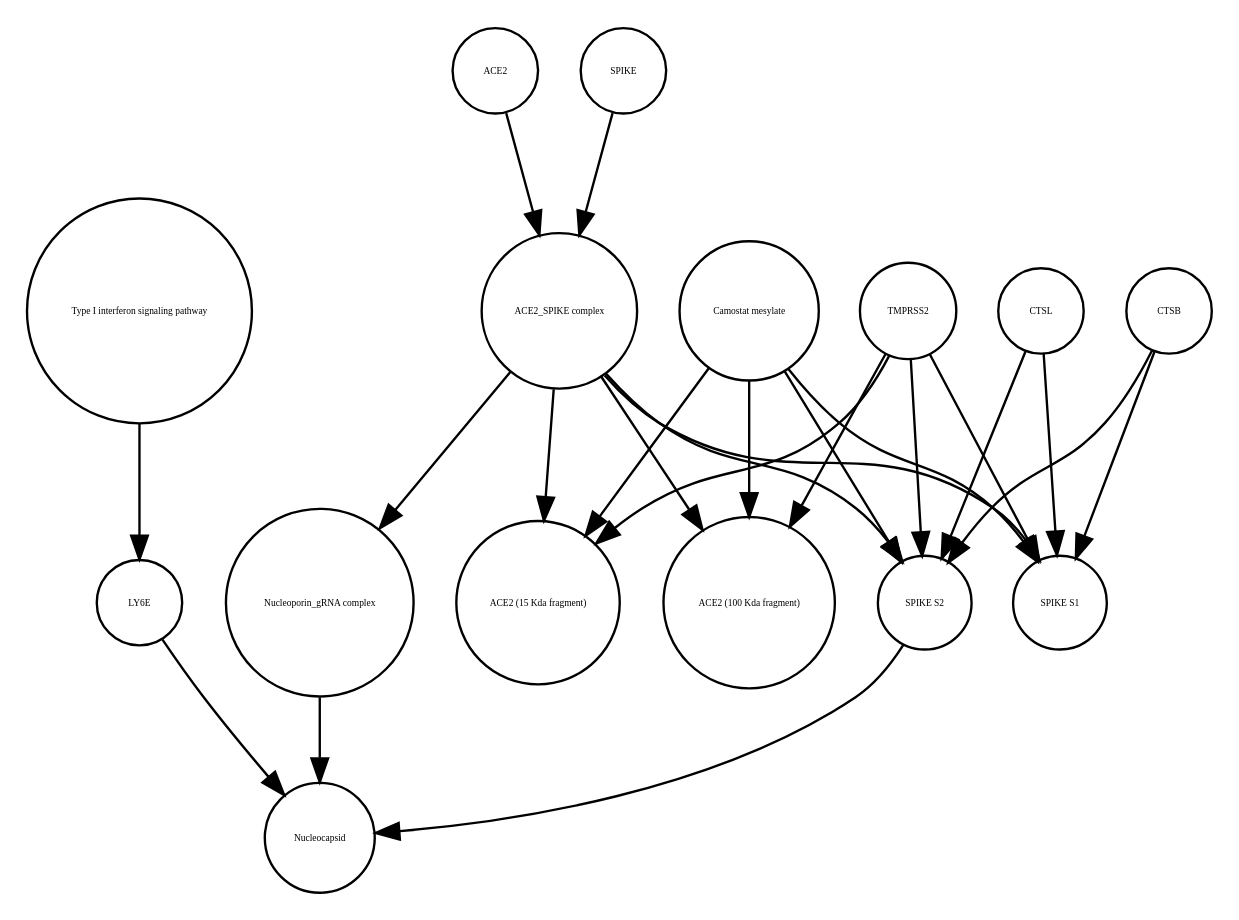
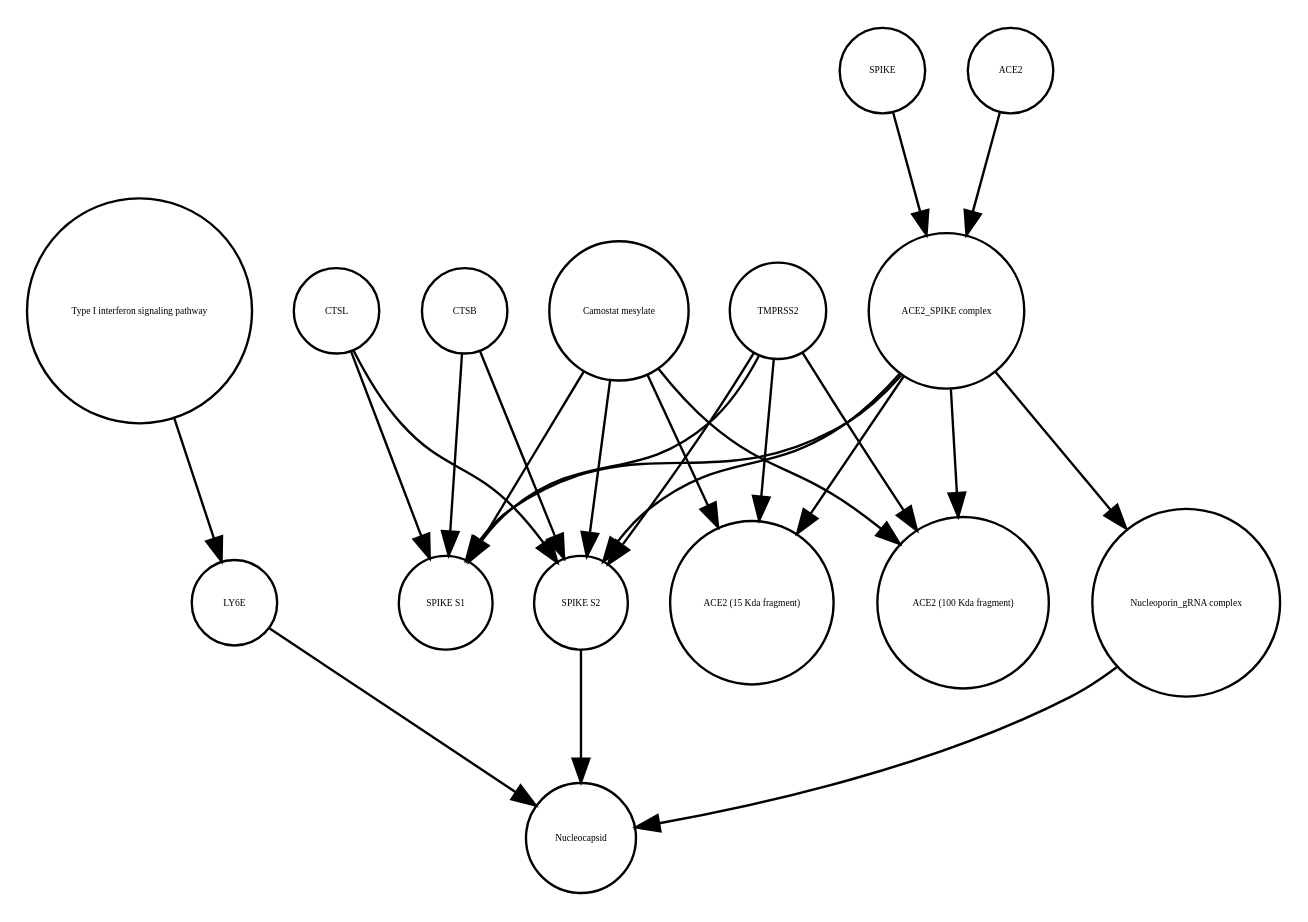
One commit to cannin/covid19-sbgn changed the diagram in Virus_replication_cycle_V02.xml_projected.dot. Above: the diagram before and after it, drawn with Graphviz. The commit also changed other lines of this file and 637 other files, not shown here.

```diff
--- a/Virus_replication_cycle_V02.xml_projected.dot
+++ b/Virus_replication_cycle_V02.xml_projected.dot
@@ -1,40 +1,40 @@
 strict digraph  {
 "Type I interferon signaling pathway" [annotation="", bipartite=0, cls=phenotype, fontsize=4, label="Type I interferon signaling pathway", shape=circle];
 LY6E [annotation="", bipartite=0, cls=macromolecule, fontsize=4, label=LY6E, shape=circle];
-"Nucleoporin_gRNA complex " [annotation="", bipartite=0, cls=complex, fontsize=4, label="Nucleoporin_gRNA complex ", shape=circle];
-"SPIKE S2" [annotation="", bipartite=0, cls=macromolecule, fontsize=4, label="SPIKE S2", shape=circle];
-"Camostat mesylate" [annotation="urn_miriam_pubchem.compound_2536", bipartite=0, cls="simple chemical", fontsize=4, label="Camostat mesylate", shape=circle];
+"SPIKE S1" [annotation="", bipartite=0, cls=macromolecule, fontsize=4, label="SPIKE S1", shape=circle];
 CTSL [annotation="", bipartite=0, cls=macromolecule, fontsize=4, label=CTSL, shape=circle];
+"ACE2_SPIKE complex" [annotation="", bipartite=0, cls=complex, fontsize=4, label="ACE2_SPIKE complex", shape=circle];
+SPIKE [annotation="", bipartite=0, cls="macromolecule multimer", fontsize=4, label=SPIKE, shape=circle];
+Nucleocapsid [annotation="", bipartite=0, cls=complex, fontsize=4, label=Nucleocapsid, shape=circle];
+CTSB [annotation="", bipartite=0, cls=macromolecule, fontsize=4, label=CTSB, shape=circle];
 ACE2 [annotation="", bipartite=0, cls=macromolecule, fontsize=4, label=ACE2, shape=circle];
 "ACE2 (15 Kda fragment)" [annotation="", bipartite=0, cls=macromolecule, fontsize=4, label="ACE2 (15 Kda fragment)", shape=circle];
+"Camostat mesylate" [annotation="urn_miriam_pubchem.compound_2536", bipartite=0, cls="simple chemical", fontsize=4, label="Camostat mesylate", shape=circle];
+TMPRSS2 [annotation="", bipartite=0, cls=macromolecule, fontsize=4, label=TMPRSS2, shape=circle];
+"SPIKE S2" [annotation="", bipartite=0, cls=macromolecule, fontsize=4, label="SPIKE S2", shape=circle];
+"Nucleoporin_gRNA complex " [annotation="", bipartite=0, cls=complex, fontsize=4, label="Nucleoporin_gRNA complex ", shape=circle];
 "ACE2 (100 Kda fragment)" [annotation="", bipartite=0, cls=macromolecule, fontsize=4, label="ACE2 (100 Kda fragment)", shape=circle];
-"ACE2_SPIKE complex" [annotation="", bipartite=0, cls=complex, fontsize=4, label="ACE2_SPIKE complex", shape=circle];
-SPIKE [annotation="", bipartite=0, cls="macromolecule multimer", fontsize=4, label=SPIKE, shape=circle];
-CTSB [annotation="", bipartite=0, cls=macromolecule, fontsize=4, label=CTSB, shape=circle];
-"SPIKE S1" [annotation="", bipartite=0, cls=macromolecule, fontsize=4, label="SPIKE S1", shape=circle];
-Nucleocapsid [annotation="", bipartite=0, cls=complex, fontsize=4, label=Nucleocapsid, shape=circle];
-TMPRSS2 [annotation="", bipartite=0, cls=macromolecule, fontsize=4, label=TMPRSS2, shape=circle];
 "Type I interferon signaling pathway" -> LY6E  [annotation="", interaction_type=stimulation];
 LY6E -> Nucleocapsid  [annotation="urn_miriam_doi_10.1101%2F2020.03.05.979260|urn_miriam_doi_10.1101%2F2020.04.02.021469", interaction_type=inhibition];
-"Nucleoporin_gRNA complex " -> Nucleocapsid  [annotation="", interaction_type=production];
-"SPIKE S2" -> Nucleocapsid  [annotation="urn_miriam_doi_10.1101%2F2020.03.05.979260|urn_miriam_doi_10.1101%2F2020.04.02.021469", interaction_type=stimulation];
-"Camostat mesylate" -> "SPIKE S2"  [annotation="urn_miriam_pubmed_32142651|urn_miriam_pubmed_32094589|urn_miriam_pubmed_24227843", interaction_type=inhibition];
+CTSL -> "SPIKE S1"  [annotation=urn_miriam_pubmed_32142651, interaction_type=catalysis];
+CTSL -> "SPIKE S2"  [annotation=urn_miriam_pubmed_32142651, interaction_type=catalysis];
+"ACE2_SPIKE complex" -> "Nucleoporin_gRNA complex "  [annotation="urn_miriam_pubmed_32142651|urn_miriam_pubmed_32094589", interaction_type=stimulation];
+"ACE2_SPIKE complex" -> "SPIKE S1"  [annotation="", interaction_type=production];
+"ACE2_SPIKE complex" -> "SPIKE S2"  [annotation="", interaction_type=production];
+"ACE2_SPIKE complex" -> "ACE2 (15 Kda fragment)"  [annotation="", interaction_type=production];
+"ACE2_SPIKE complex" -> "ACE2 (100 Kda fragment)"  [annotation="", interaction_type=production];
+SPIKE -> "ACE2_SPIKE complex"  [annotation="", interaction_type=production];
+CTSB -> "SPIKE S1"  [annotation=urn_miriam_pubmed_32142651, interaction_type=catalysis];
+CTSB -> "SPIKE S2"  [annotation=urn_miriam_pubmed_32142651, interaction_type=catalysis];
+ACE2 -> "ACE2_SPIKE complex"  [annotation="", interaction_type=production];
 "Camostat mesylate" -> "SPIKE S1"  [annotation="urn_miriam_pubmed_32142651|urn_miriam_pubmed_32094589|urn_miriam_pubmed_24227843", interaction_type=inhibition];
 "Camostat mesylate" -> "ACE2 (15 Kda fragment)"  [annotation="urn_miriam_pubmed_32142651|urn_miriam_pubmed_32094589|urn_miriam_pubmed_24227843", interaction_type=inhibition];
 "Camostat mesylate" -> "ACE2 (100 Kda fragment)"  [annotation="urn_miriam_pubmed_32142651|urn_miriam_pubmed_32094589|urn_miriam_pubmed_24227843", interaction_type=inhibition];
-CTSL -> "SPIKE S2"  [annotation=urn_miriam_pubmed_32142651, interaction_type=catalysis];
-CTSL -> "SPIKE S1"  [annotation=urn_miriam_pubmed_32142651, interaction_type=catalysis];
-ACE2 -> "ACE2_SPIKE complex"  [annotation="", interaction_type=production];
-"ACE2_SPIKE complex" -> "SPIKE S2"  [annotation="", interaction_type=production];
-"ACE2_SPIKE complex" -> "ACE2 (15 Kda fragment)"  [annotation="", interaction_type=production];
-"ACE2_SPIKE complex" -> "ACE2 (100 Kda fragment)"  [annotation="", interaction_type=production];
-"ACE2_SPIKE complex" -> "SPIKE S1"  [annotation="", interaction_type=production];
-"ACE2_SPIKE complex" -> "Nucleoporin_gRNA complex "  [annotation="urn_miriam_pubmed_32142651|urn_miriam_pubmed_32094589", interaction_type=stimulation];
-SPIKE -> "ACE2_SPIKE complex"  [annotation="", interaction_type=production];
-CTSB -> "SPIKE S2"  [annotation=urn_miriam_pubmed_32142651, interaction_type=catalysis];
-CTSB -> "SPIKE S1"  [annotation=urn_miriam_pubmed_32142651, interaction_type=catalysis];
-TMPRSS2 -> "SPIKE S2"  [annotation="urn_miriam_pubmed_32142651|urn_miriam_pubmed_32094589|urn_miriam_pubmed_24227843", interaction_type=catalysis];
+"Camostat mesylate" -> "SPIKE S2"  [annotation="urn_miriam_pubmed_32142651|urn_miriam_pubmed_32094589|urn_miriam_pubmed_24227843", interaction_type=inhibition];
 TMPRSS2 -> "SPIKE S1"  [annotation="urn_miriam_pubmed_32142651|urn_miriam_pubmed_32094589|urn_miriam_pubmed_24227843", interaction_type=catalysis];
 TMPRSS2 -> "ACE2 (15 Kda fragment)"  [annotation="urn_miriam_pubmed_32142651|urn_miriam_pubmed_32094589|urn_miriam_pubmed_24227843", interaction_type=catalysis];
 TMPRSS2 -> "ACE2 (100 Kda fragment)"  [annotation="urn_miriam_pubmed_32142651|urn_miriam_pubmed_32094589|urn_miriam_pubmed_24227843", interaction_type=catalysis];
+TMPRSS2 -> "SPIKE S2"  [annotation="urn_miriam_pubmed_32142651|urn_miriam_pubmed_32094589|urn_miriam_pubmed_24227843", interaction_type=catalysis];
+"SPIKE S2" -> Nucleocapsid  [annotation="urn_miriam_doi_10.1101%2F2020.03.05.979260|urn_miriam_doi_10.1101%2F2020.04.02.021469", interaction_type=stimulation];
+"Nucleoporin_gRNA complex " -> Nucleocapsid  [annotation="", interaction_type=production];
 }
```
